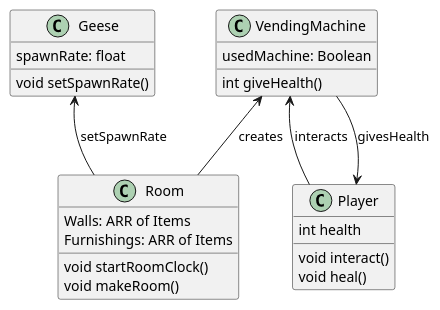
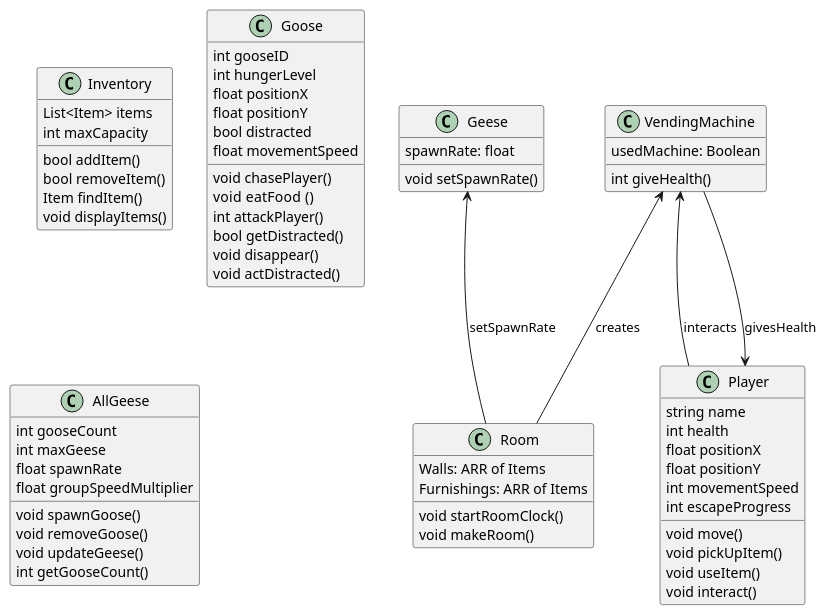
The diagram in uml/eventsClassDiagram.puml (NoahB-07/7Gnomes-EngineeringProject), drawn with PlantUML before and after one commit.

```diff
--- a/uml/eventsClassDiagram.puml
+++ b/uml/eventsClassDiagram.puml
@@ -1,31 +1,78 @@
 @startuml
 
 Geese <-- Room : setSpawnRate
 VendingMachine <-- Room: creates
 VendingMachine <-- Player: interacts
 Player <-- VendingMachine: givesHealth
 
 class Room{
     Walls: ARR of Items
     Furnishings: ARR of Items
     void startRoomClock()
     void makeRoom()
 }
 
 class Geese{
     spawnRate: float
     void setSpawnRate()
 }
 
 class VendingMachine{
     usedMachine: Boolean
     int giveHealth()
 }
 
-class Player{
+
+class Player {
+    string name
     int health
+    float positionX
+    float positionY
+    int movementSpeed
+    int escapeProgress
+
+    void move()
+    void pickUpItem()
+    void useItem()
     void interact()
-    void heal()
 }
 
+class Inventory {
+    List<Item> items 
+    int maxCapacity
+
+    bool addItem()
+    bool removeItem()
+    Item findItem()
+    void displayItems()
+}
+class Goose {
+    int gooseID 
+    int hungerLevel 
+    float positionX 
+    float positionY 
+    bool distracted 
+    float movementSpeed 
+
+    void chasePlayer()
+    void  eatFood ()
+    int attackPlayer()
+    bool getDistracted()
+    void disappear()
+    void actDistracted()
+}
+class AllGeese {
+    int gooseCount 
+    int maxGeese 
+    float spawnRate 
+    float groupSpeedMultiplier 
+     
+
+    void spawnGoose() 
+    void removeGoose()
+    void updateGeese() 
+    int getGooseCount() 
+}
+
+
 @enduml
```
